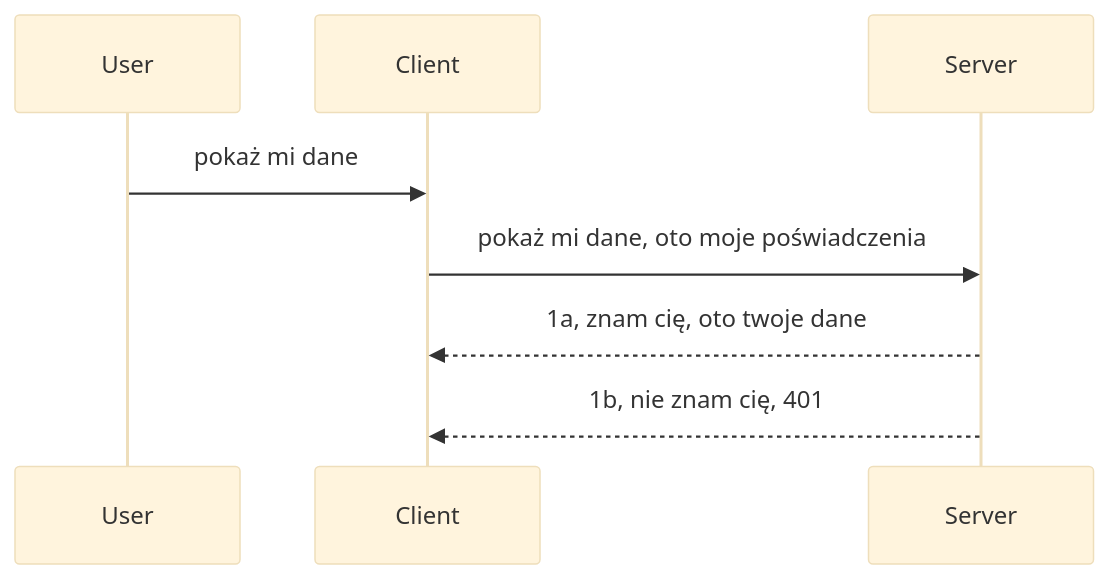
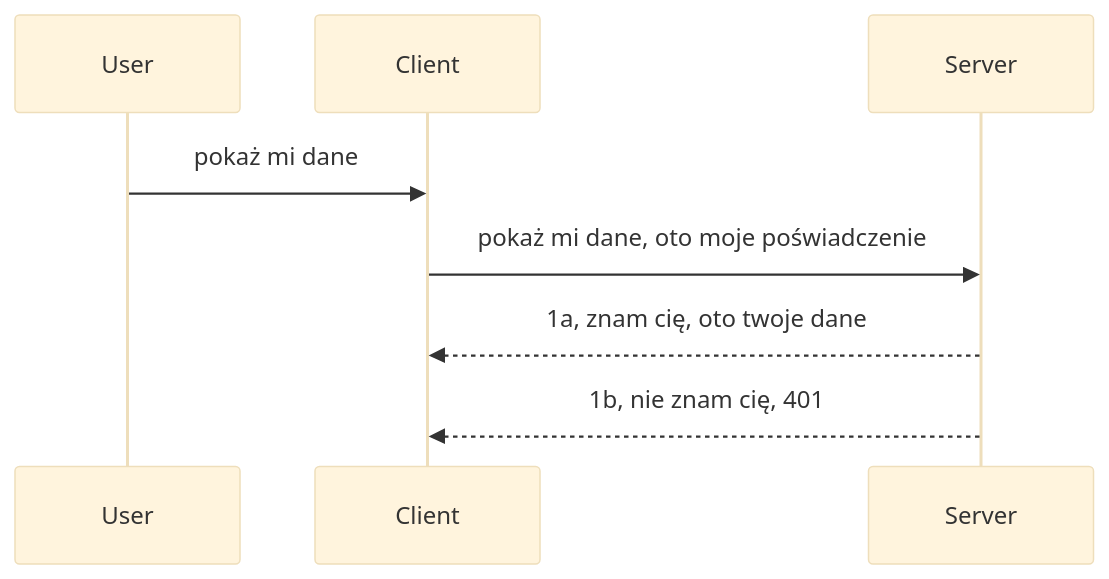
One commit to HIDORAKAI002/ai-workspace-archive changed the diagram in mcp_ecosystem__model_context_protocol/mcp_learning_resources/mcp-for-beginners/translations/pl/03-GettingStarted/11-simple-auth/README.md. Above: the diagram before and after it, drawn with Mermaid (base theme). The commit also changed other lines of this file and 1160 other files, not shown here.

````diff
--- a/mcp_ecosystem__model_context_protocol/mcp_learning_resources/mcp-for-beginners/translations/pl/03-GettingStarted/11-simple-auth/README.md
+++ b/mcp_ecosystem__model_context_protocol/mcp_learning_resources/mcp-for-beginners/translations/pl/03-GettingStarted/11-simple-auth/README.md
@@ -24,11 +24,11 @@
 ```mermaid
 sequenceDiagram
    participant User
    participant Client
    participant Server
 
    User->>Client: pokaż mi dane
-   Client->>Server: pokaż mi dane, oto moje poświadczenia
+   Client->>Server: pokaż mi dane, oto moje poświadczenie
    Server-->>Client: 1a, znam cię, oto twoje dane
    Server-->>Client: 1b, nie znam cię, 401 
 ```
````
